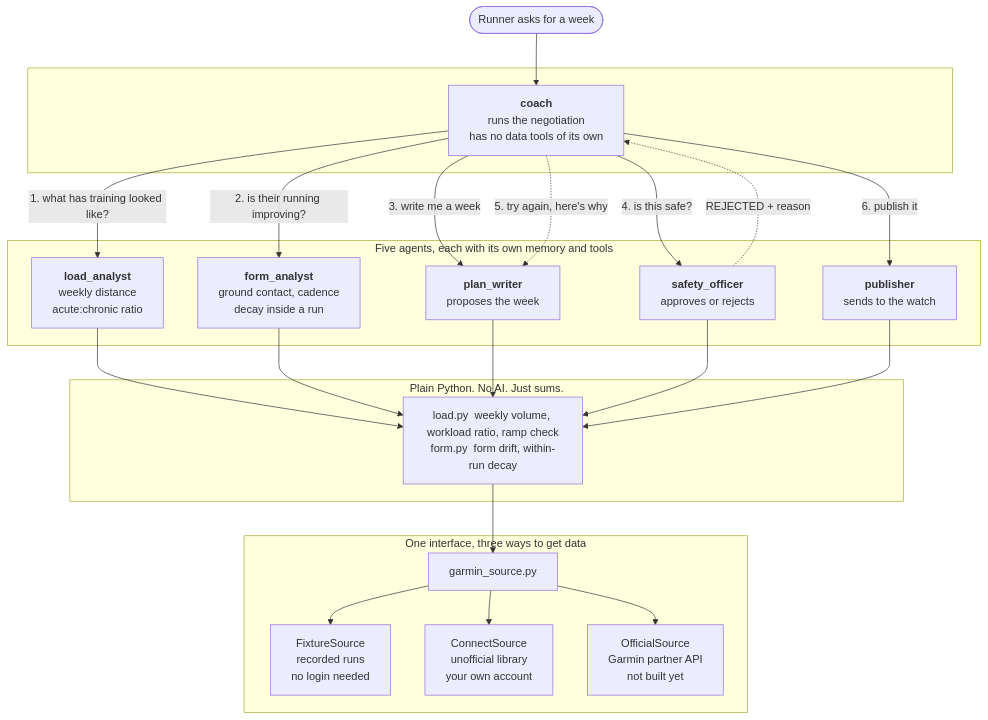
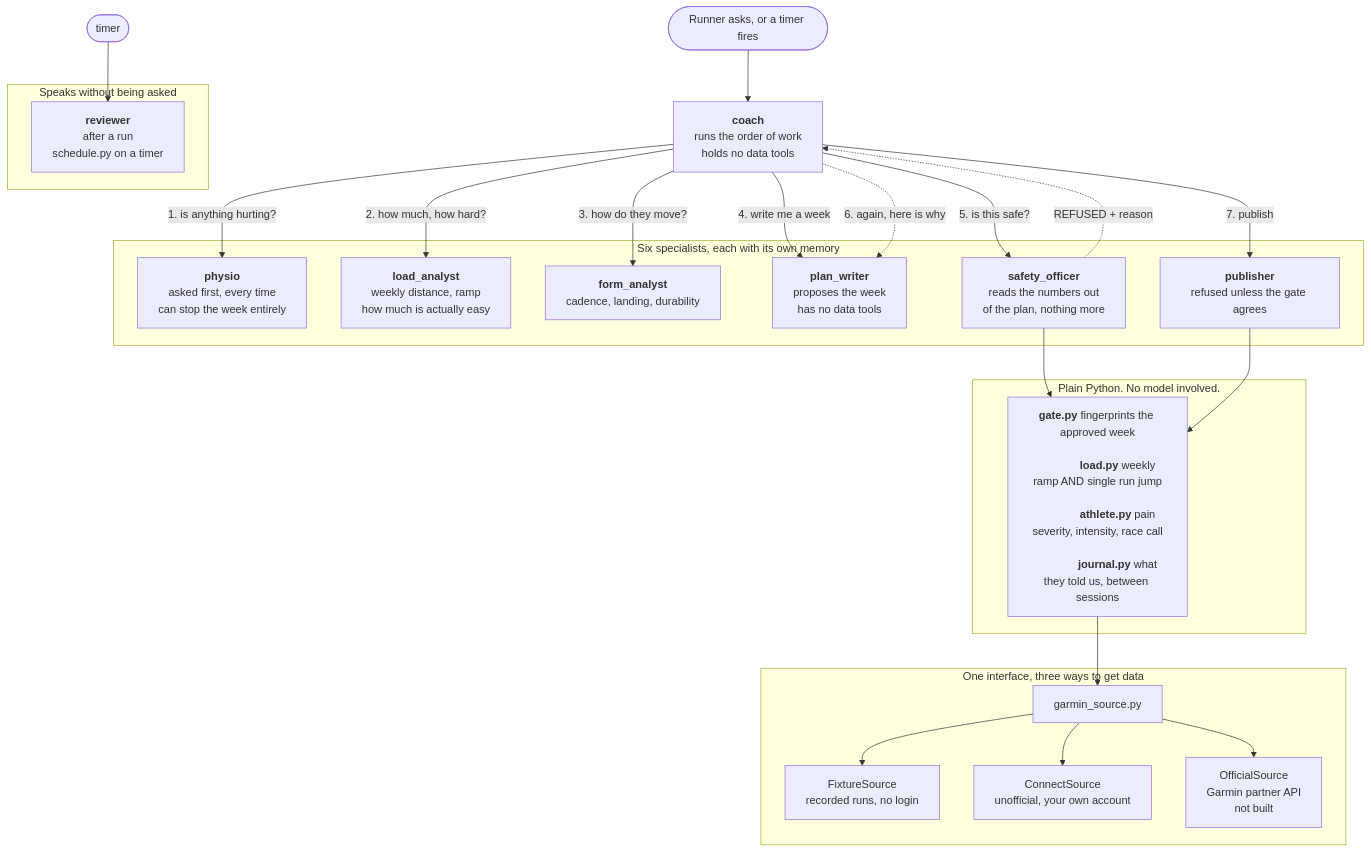
Before and after one commit to baslefeber/grutto: the diagram in docs/ARCHITECTURE.md, drawn with Mermaid. The commit also changed other lines of this file and 5 other files, not shown here.

````diff
--- a/docs/ARCHITECTURE.md
+++ b/docs/ARCHITECTURE.md
@@ -3,43 +3,49 @@
 ```mermaid
 flowchart TB
-    user([Runner asks for a week]) --> coach
+    user([Runner asks, or a timer fires]) --> coach
 
-    subgraph orchestration [ ]
-        coach["<b>coach</b><br/>runs the negotiation<br/>has no data tools of its own"]
+    coach["<b>coach</b><br/>runs the order of work<br/>holds no data tools"]
+
+    coach -->|1. is anything hurting?| physio
+    coach -->|2. how much, how hard?| load
+    coach -->|3. how do they move?| form
+    coach -->|4. write me a week| plan
+    coach -->|5. is this safe?| safety
+    safety -.->|REFUSED + reason| coach
+    coach -.->|6. again, here is why| plan
+    coach -->|7. publish| pub
+
+    timer([timer]) --> reviewer
+
+    subgraph specialists [Six specialists, each with its own memory]
+        physio["<b>physio</b><br/>asked first, every time<br/>can stop the week entirely"]
+        load["<b>load_analyst</b><br/>weekly distance, ramp<br/>how much is actually easy"]
+        form["<b>form_analyst</b><br/>cadence, landing, durability"]
+        plan["<b>plan_writer</b><br/>proposes the week<br/>has no data tools"]
+        safety["<b>safety_officer</b><br/>reads the numbers out<br/>of the plan, nothing more"]
+        pub["<b>publisher</b><br/>refused unless the gate agrees"]
     end
 
-    coach -->|1. what has training looked like?| load
-    coach -->|2. is their running improving?| form
-    coach -->|3. write me a week| plan
-    coach -->|4. is this safe?| safety
-    safety -.->|REJECTED + reason| coach
-    coach -.->|5. try again, here's why| plan
-    coach -->|6. publish it| pub
-
-    subgraph specialists [Five agents, each with its own memory and tools]
-        load["<b>load_analyst</b><br/>weekly distance<br/>acute:chronic ratio"]
-        form["<b>form_analyst</b><br/>ground contact, cadence<br/>decay inside a run"]
-        plan["<b>plan_writer</b><br/>proposes the week"]
-        safety["<b>safety_officer</b><br/>approves or rejects"]
-        pub["<b>publisher</b><br/>sends to the watch"]
+    subgraph unattended [Speaks without being asked]
+        reviewer["<b>reviewer</b><br/>after a run<br/>schedule.py on a timer"]
     end
 
-    load --> tools
-    form --> tools
-    plan --> tools
-    safety --> tools
-    pub --> tools
+    safety --> gate
+    pub --> gate
 
-    subgraph toolbox [Plain Python. No AI. Just sums.]
-        tools["load.py  weekly volume, workload ratio, ramp check<br/>form.py  form drift, within-run decay"]
+    subgraph code [Plain Python. No model involved.]
+        gate["<b>gate.py</b> fingerprints the approved week<br/>
+              <b>load.py</b> weekly ramp AND single run jump<br/>
+              <b>athlete.py</b> pain severity, intensity, race call<br/>
+              <b>journal.py</b> what they told us, between sessions"]
     end
 
-    tools --> src
+    gate --> src
 
     subgraph data [One interface, three ways to get data]
         src["garmin_source.py"]
-        src --> fix["FixtureSource<br/>recorded runs<br/>no login needed"]
-        src --> con["ConnectSource<br/>unofficial library<br/>your own account"]
-        src --> off["OfficialSource<br/>Garmin partner API<br/>not built yet"]
+        src --> fix["FixtureSource<br/>recorded runs, no login"]
+        src --> con["ConnectSource<br/>unofficial, your own account"]
+        src --> off["OfficialSource<br/>Garmin partner API<br/>not built"]
     end
 ```
````
